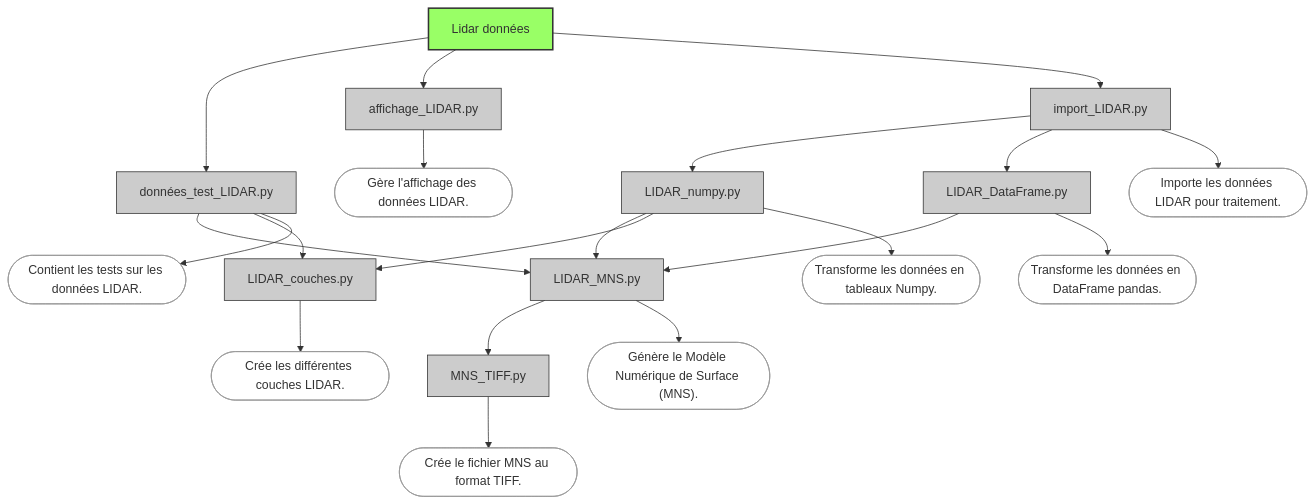
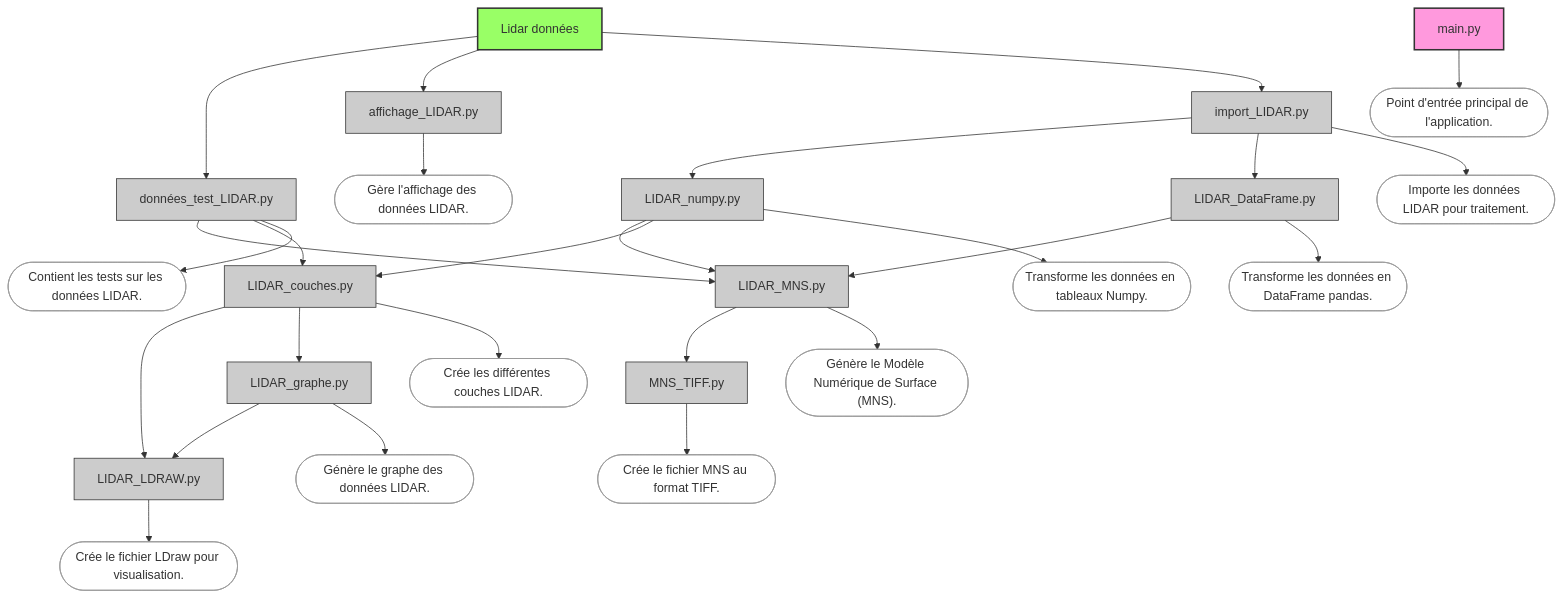
Before and after one commit to DanQue69/LEGO_Master: the diagram in Workflow.md, drawn with Mermaid.

````diff
--- a/Workflow.md
+++ b/Workflow.md
@@ -1,64 +1,82 @@
 ```mermaid
 graph TD;
 
     %% Nœuds principaux
     A[Lidar données] --> B[données_test_LIDAR.py]
     A --> C[affichage_LIDAR.py]
     A --> D[import_LIDAR.py]
 
     D --> E[LIDAR_numpy.py]
     D --> F[LIDAR_DataFrame.py]
 
     B --> G[LIDAR_MNS.py]
     E --> G
     F --> G
 
     B --> I[LIDAR_couches.py]
     E --> I
 
+    I --> J[LIDAR_LDRAW.py]
+    I --> K[LIDAR_graphe.py]
+    K --> J
+
     G --> H[MNS_TIFF.py]
+
+    %% Main externe
+    M[main.py]
 
     %% Notes explicatives
     B_note(["Contient les tests sur les données LIDAR."])
     C_note(["Gère l'affichage des données LIDAR."])
     D_note(["Importe les données LIDAR pour traitement."])
     E_note(["Transforme les données en tableaux Numpy."])
     F_note(["Transforme les données en DataFrame pandas."])
     G_note(["Génère le Modèle Numérique de Surface (MNS)."])
     H_note(["Crée le fichier MNS au format TIFF."])
     I_note(["Crée les différentes couches LIDAR."])
+    J_note(["Crée le fichier LDraw pour visualisation."])
+    K_note(["Génère le graphe des données LIDAR."])
+    M_note(["Point d'entrée principal de l'application."])
 
     %% Connexion notes
     B --> B_note
     C --> C_note
     D --> D_note
     E --> E_note
     F --> F_note
     G --> G_note
     H --> H_note
     I --> I_note
+    J --> J_note
+    K --> K_note
+    M --> M_note
 
     %% Styles des couleurs
     style A fill:#9f6,stroke:#333,stroke-width:2px
     style B fill:#ccc,stroke:#333,stroke-width:1px
     style C fill:#ccc,stroke:#333,stroke-width:1px
     style D fill:#ccc,stroke:#333,stroke-width:1px
     style E fill:#ccc,stroke:#333,stroke-width:1px
     style F fill:#ccc,stroke:#333,stroke-width:1px
     style G fill:#ccc,stroke:#333,stroke-width:1px
     style H fill:#ccc,stroke:#333,stroke-width:1px
     style I fill:#ccc,stroke:#333,stroke-width:1px
+    style J fill:#ccc,stroke:#333,stroke-width:1px
+    style K fill:#ccc,stroke:#333,stroke-width:1px
+    style M fill:#f9d,stroke:#333,stroke-width:2px
 
     style B_note fill:#fff,stroke:#999,stroke-width:1px
     style C_note fill:#fff,stroke:#999,stroke-width:1px
     style D_note fill:#fff,stroke:#999,stroke-width:1px
     style E_note fill:#fff,stroke:#999,stroke-width:1px
     style F_note fill:#fff,stroke:#999,stroke-width:1px
     style G_note fill:#fff,stroke:#999,stroke-width:1px
     style H_note fill:#fff,stroke:#999,stroke-width:1px
     style I_note fill:#fff,stroke:#999,stroke-width:1px
-
+    style J_note fill:#fff,stroke:#999,stroke-width:1px
+    style K_note fill:#fff,stroke:#999,stroke-width:1px
+    style M_note fill:#fff,stroke:#999,stroke-width:1px
 
 
     
 ```
````
